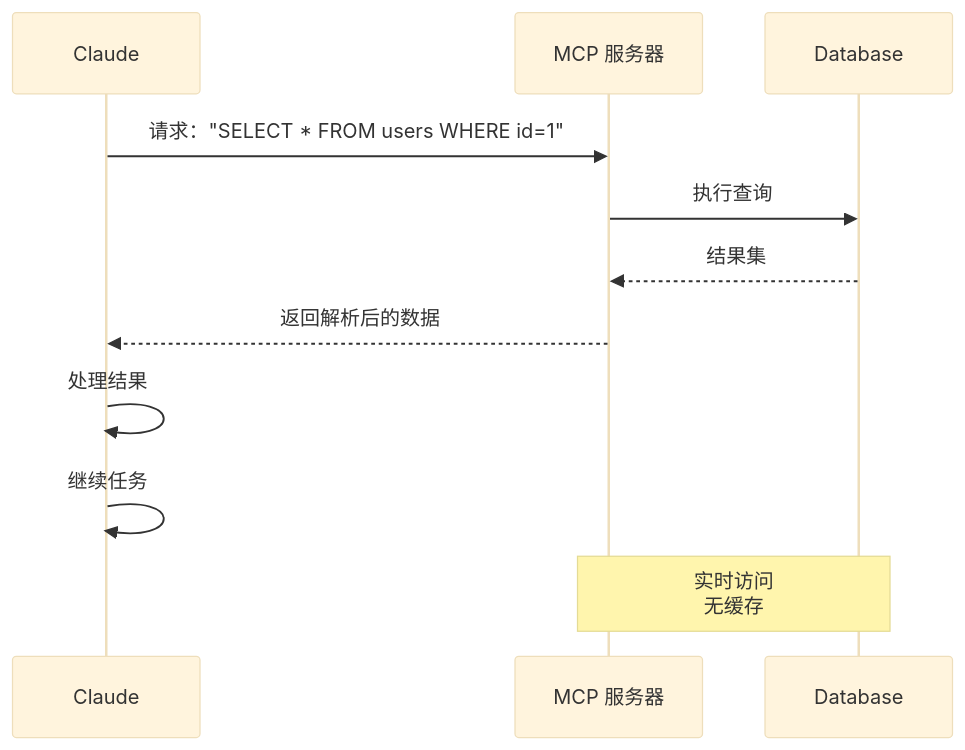
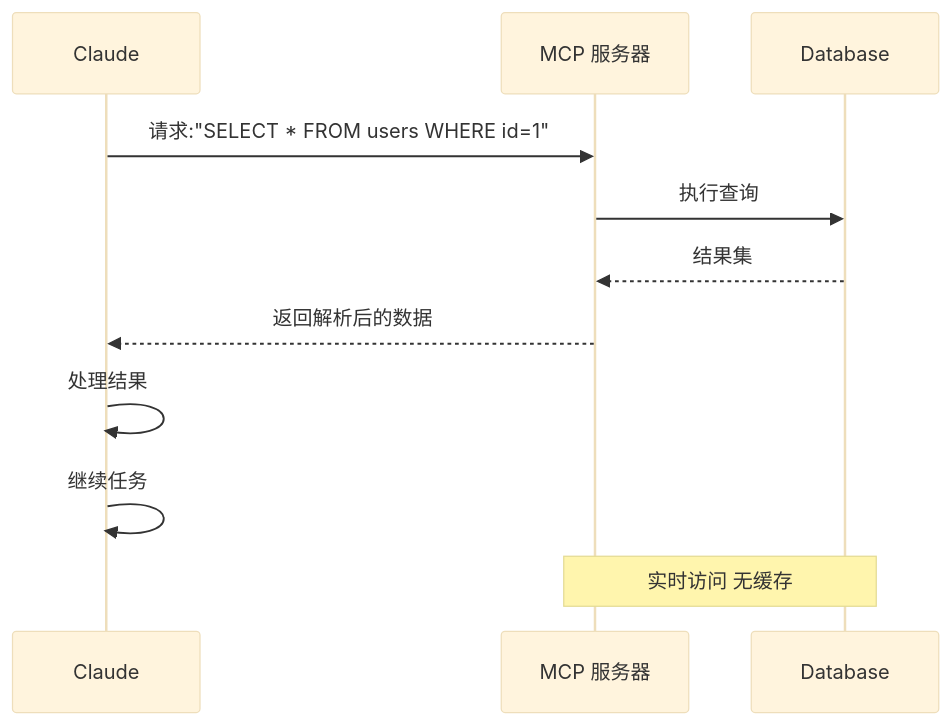
Before and after one commit to Rx782-Fss/claude-howto-zh: diagram 16 of 31 in claude_concepts_guide.md, drawn with Mermaid (base theme). The commit also changed other lines of this file and 6 other files, not shown here.

Commit message:
fix: 清除 Mermaid 内所有全角标点/emoji/<br/> (最终修复)

````diff
--- a/claude_concepts_guide.md
+++ b/claude_concepts_guide.md
@@ -1206,15 +1206,15 @@
 ```mermaid
 sequenceDiagram
     participant App as Claude
     participant MCP as MCP 服务器
     participant DB as Database
 
-    App->>MCP: 请求："SELECT * FROM users WHERE id=1"
+    App->>MCP: 请求:"SELECT * FROM users WHERE id=1"
     MCP->>DB: 执行查询
     DB-->>MCP: 结果集
     MCP-->>App: 返回解析后的数据
     App->>App: 处理结果
     App->>App: 继续任务
 
-    Note over MCP,DB: 实时访问<br/>无缓存
+    Note over MCP,DB: 实时访问 无缓存
 ```
````
